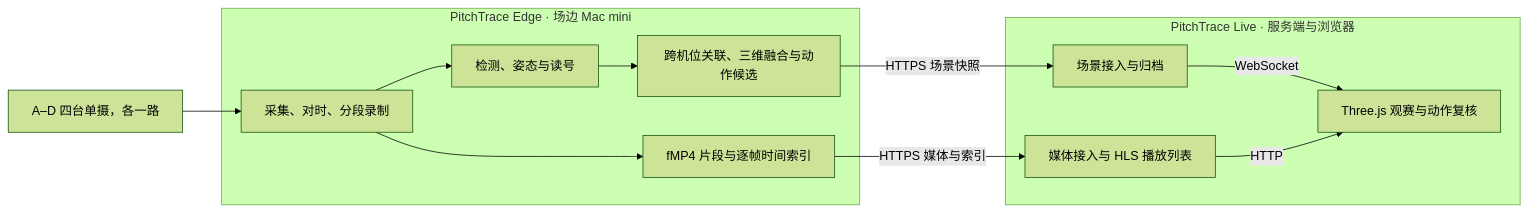
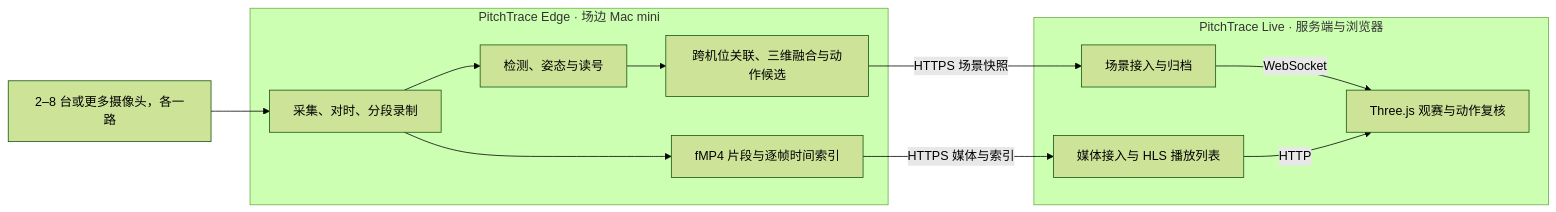
The first of 2 diagrams in docs/02-technical-design.md (winixi/pitchtrace-3d), drawn with Mermaid (forest theme) before and after one commit. The commit also changed other lines of this file and 3 other files, not shown here.

First line of the commit message:
docs: Update camera configuration to support 2–8+ cameras with extensible architecture

````diff
--- a/docs/02-technical-design.md
+++ b/docs/02-technical-design.md
@@ -9,15 +9,15 @@
 ```mermaid
 flowchart LR
-    C["A–D 四台单摄，各一路"] --> I
+    C["2–8 台或更多摄像头，各一路"] --> I
     subgraph edge["PitchTrace Edge · 场边 Mac mini"]
         I["采集、对时、分段录制"] --> V["fMP4 片段与逐帧时间索引"]
         I --> D["检测、姿态与读号"]
         D --> F["跨机位关联、三维融合与动作候选"]
     end
     subgraph live["PitchTrace Live · 服务端与浏览器"]
         G["场景接入与归档"] -->|WebSocket| W["Three.js 观赛与动作复核"]
         H["媒体接入与 HLS 播放列表"] -->|HTTP| W
     end
     F -->|HTTPS 场景快照| G
     V -->|HTTPS 媒体与索引| H
 ```
````
